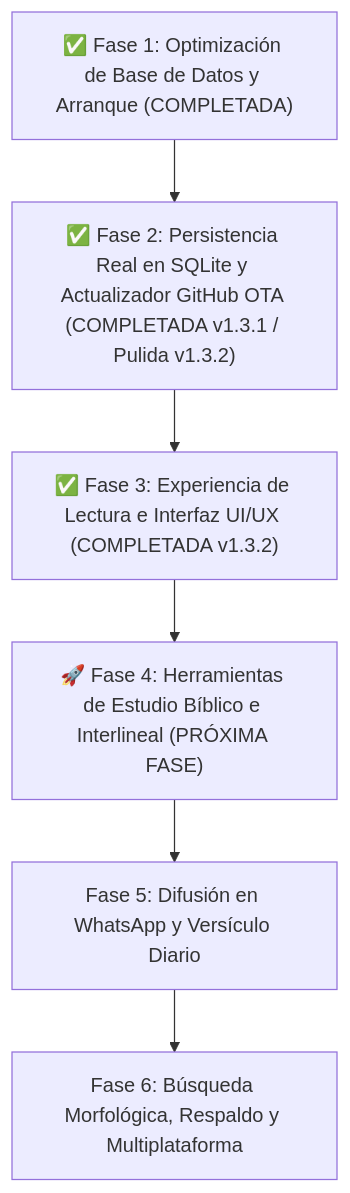
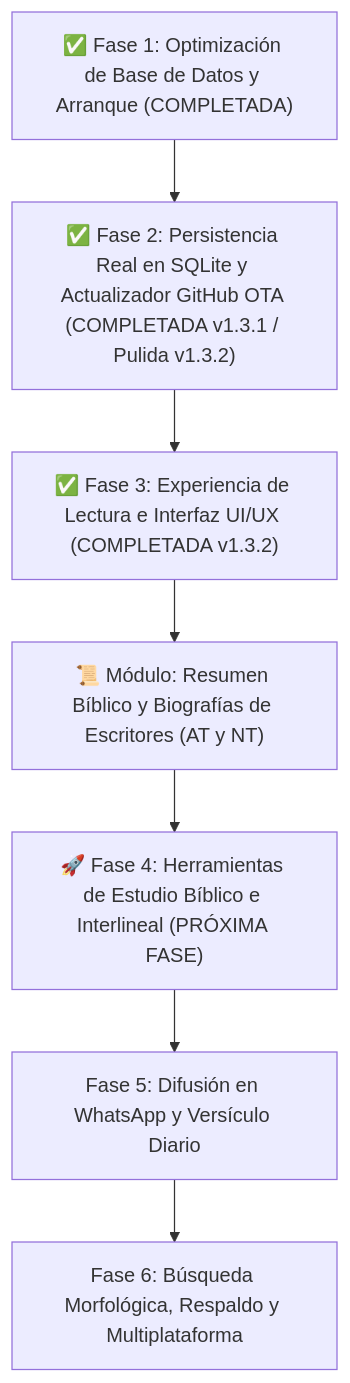
The first of 7 diagrams in Archivos_md/PLAN_IMPLEMENTACION.md (NetOpsSolutions/Berea_Interlineal), drawn with Mermaid before and after one commit. The commit also changed other lines of this file and 21 other files, not shown here.

````diff
--- a/Archivos_md/PLAN_IMPLEMENTACION.md
+++ b/Archivos_md/PLAN_IMPLEMENTACION.md
@@ -13,8 +13,9 @@
 ```mermaid
 flowchart TD
     Fase1["✅ Fase 1: Optimización de Base de Datos y Arranque (COMPLETADA)"] --> Fase2["✅ Fase 2: Persistencia Real en SQLite y Actualizador GitHub OTA (COMPLETADA v1.3.1 / Pulida v1.3.2)"]
     Fase2 --> Fase3["✅ Fase 3: Experiencia de Lectura e Interfaz UI/UX (COMPLETADA v1.3.2)"]
-    Fase3 --> Fase4["🚀 Fase 4: Herramientas de Estudio Bíblico e Interlineal (PRÓXIMA FASE)"]
+    Fase3 --> ResumenBiblico["📜 Módulo: Resumen Bíblico y Biografías de Escritores (AT y NT)"]
+    ResumenBiblico --> Fase4["🚀 Fase 4: Herramientas de Estudio Bíblico e Interlineal (PRÓXIMA FASE)"]
     Fase4 --> Fase5["Fase 5: Difusión en WhatsApp y Versículo Diario"]
     Fase5 --> Fase6["Fase 6: Búsqueda Morfológica, Respaldo y Multiplataforma"]
 ```
````
